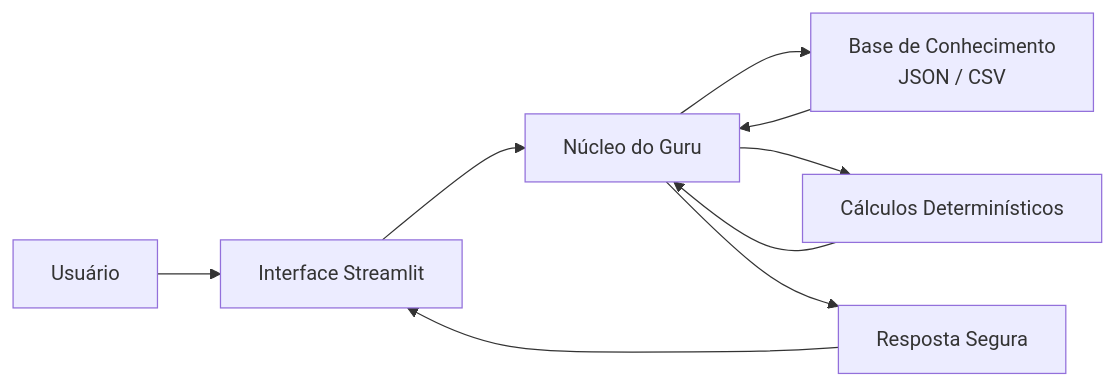
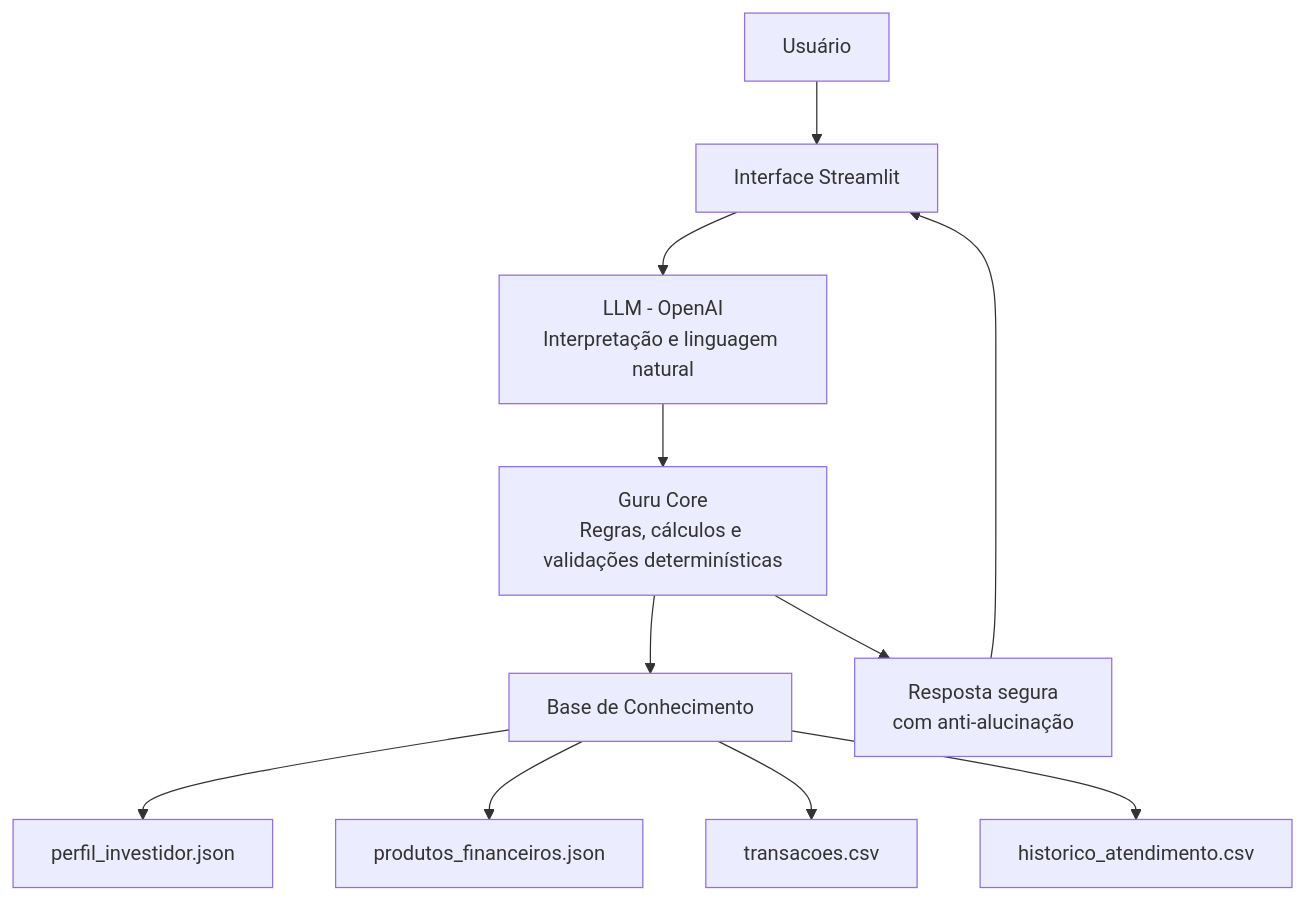
Before and after one commit to enioramon/dio-guru: the diagram in docs/01-documentacao-agente.md, drawn with Mermaid. The commit also changed other lines of this file, not shown here.

Commit message:
Update flowchart to reflect new architecture

````diff
--- a/docs/01-documentacao-agente.md
+++ b/docs/01-documentacao-agente.md
@@ -84,11 +84,20 @@
 ```mermaid
-flowchart LR
-    U[Usuário] --> UI[Interface Streamlit]
-    UI --> CORE[Núcleo do Guru]
-    CORE --> DATA[Base de Conhecimento<br/>JSON / CSV]
-    CORE --> CALC[Cálculos Determinísticos]
-    DATA --> CORE
-    CALC --> CORE
-    CORE --> RESP[Resposta Segura]
-    RESP --> UI
+flowchart TD
+
+A[Usuário] --> B[Interface Streamlit]
+
+B --> C[LLM - OpenAI<br/>Interpretação e linguagem natural]
+
+C --> D[Guru Core<br/>Regras, cálculos e validações determinísticas]
+
+D --> E[Base de Conhecimento]
+
+E --> E1[perfil_investidor.json]
+E --> E2[produtos_financeiros.json]
+E --> E3[transacoes.csv]
+E --> E4[historico_atendimento.csv]
+
+D --> F[Resposta segura<br/>com anti-alucinação]
+
+F --> B
 ```
````
